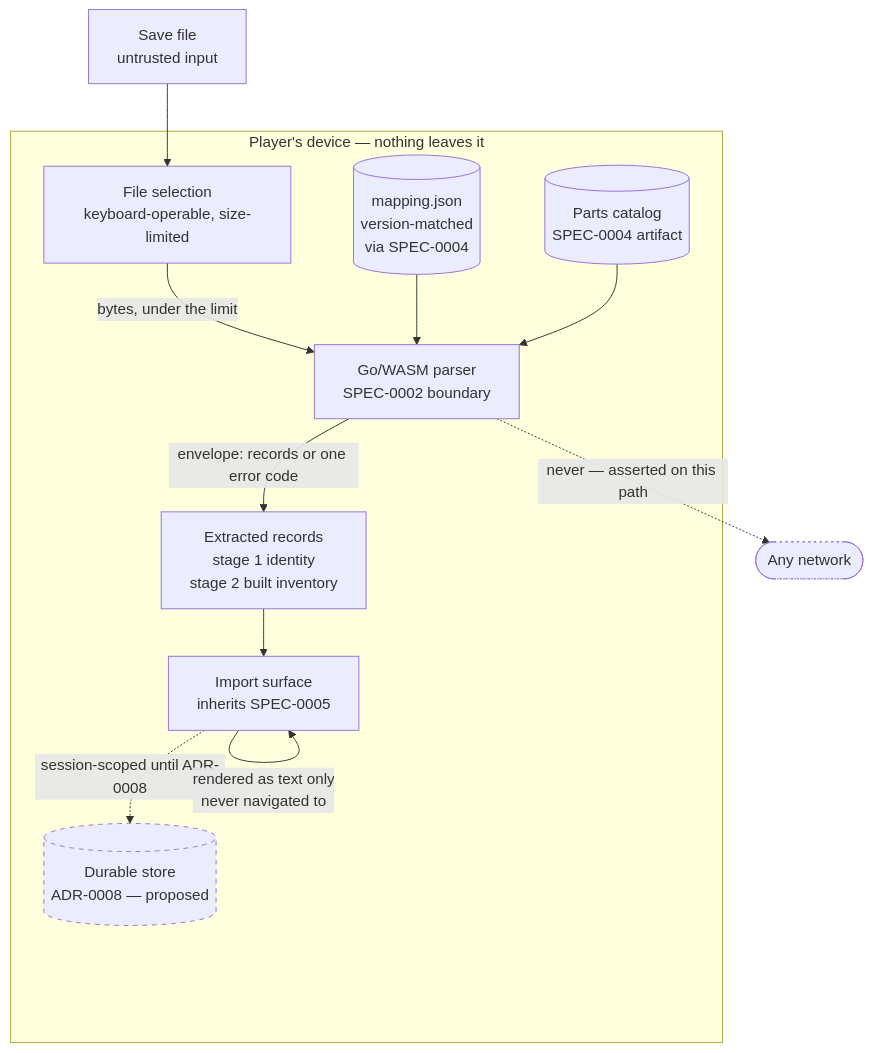
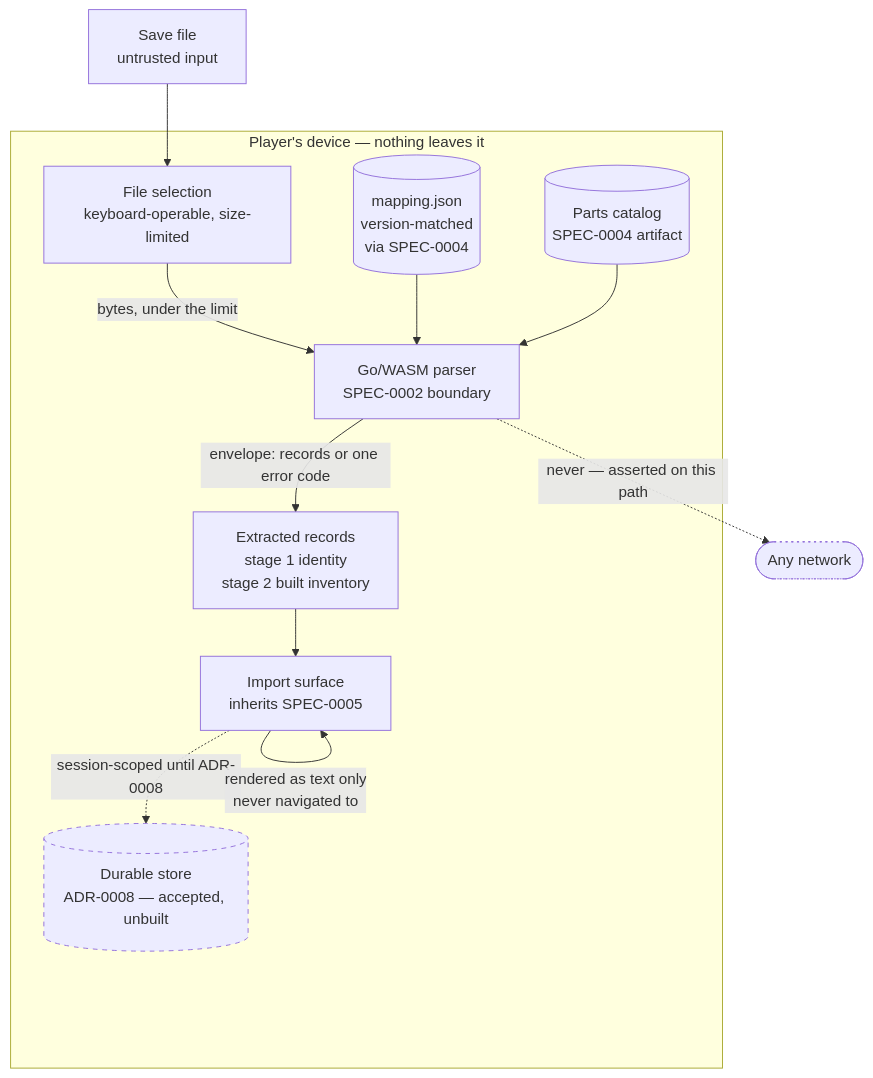
The diagram in docs/openspec/specs/save-import/design.md (jonstump/nms-base-planner), drawn with Mermaid before and after one commit. The commit also changed other lines of this file and 2 other files, not shown here.

First line of the commit message:
docs: accept ADR-0008, and correct what that makes stale (#108)

````diff
--- a/docs/openspec/specs/save-import/design.md
+++ b/docs/openspec/specs/save-import/design.md
@@ -89,30 +89,30 @@
 ```mermaid
 flowchart TD
     subgraph Device["Player's device — nothing leaves it"]
         PICK["File selection<br/>keyboard-operable, size-limited"]
         WASM["Go/WASM parser<br/>SPEC-0002 boundary"]
         MAP[("mapping.json<br/>version-matched<br/>via SPEC-0004")]
         CAT[("Parts catalog<br/>SPEC-0004 artifact")]
         REC["Extracted records<br/>stage 1 identity<br/>stage 2 built inventory"]
         SURF["Import surface<br/>inherits SPEC-0005"]
-        STORE[("Durable store<br/>ADR-0008 — proposed")]
+        STORE[("Durable store<br/>ADR-0008 — accepted, unbuilt")]
     end
 
     NET(["Any network"])
 
     PICK -->|bytes, under the limit| WASM
     MAP --> WASM
     CAT --> WASM
     WASM -->|envelope: records or one error code| REC
     REC --> SURF
     SURF -.->|session-scoped until ADR-0008| STORE
     WASM -.->|never — asserted on this path| NET
 
     SAVE["Save file<br/>untrusted input"] --> PICK
     SURF -->|rendered as text only<br/>never navigated to| SURF
 
     classDef proposed stroke-dasharray: 5 5
     classDef forbidden stroke-dasharray: 2 4
     class STORE proposed
     class NET forbidden
 ```
````
